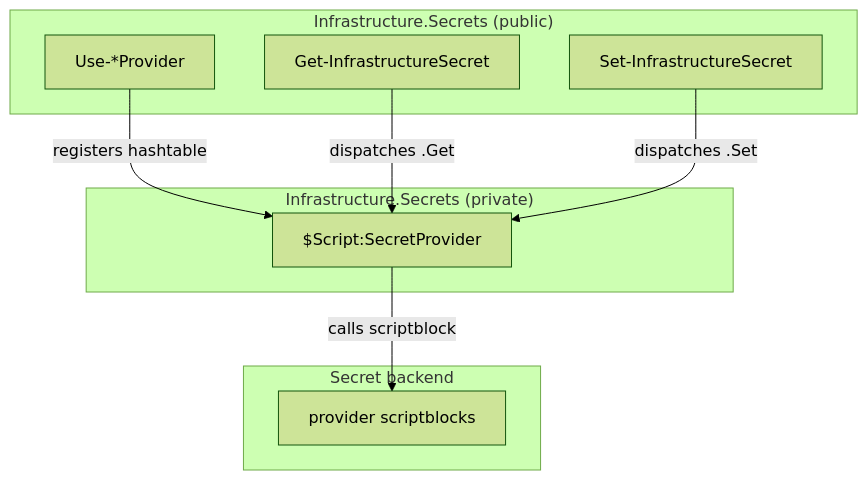
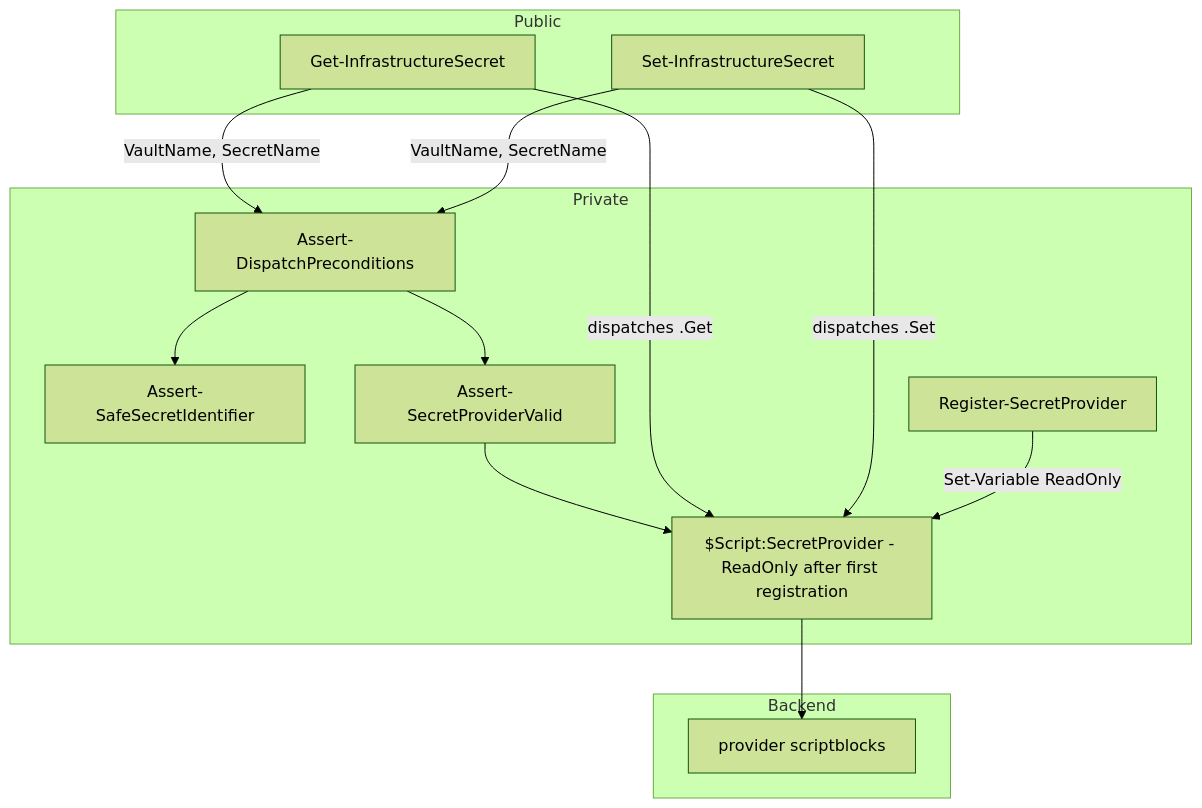
Before and after one commit to VitaliiAndreev/Infrastructure-Secrets: the first of 3 diagrams in docs/dev/implementation/01 - initial implementation/plan.md, drawn with Mermaid (forest theme). The commit also changed other lines of this file and 9 other files, not shown here.

````diff
--- a/docs/dev/implementation/01 - initial implementation/plan.md
+++ b/docs/dev/implementation/01 - initial implementation/plan.md
@@ -72,19 +102,27 @@
 ```mermaid
 graph TD
-    subgraph Public["Infrastructure.Secrets (public)"]
+    subgraph Public["Public"]
         GIS[Get-InfrastructureSecret]
         SIS[Set-InfrastructureSecret]
-        UPR[Use-*Provider]
     end
-    subgraph Private["Infrastructure.Secrets (private)"]
-        SP[$Script:SecretProvider]
+    subgraph Private["Private"]
+        ADP[Assert-DispatchPreconditions]
+        ASI[Assert-SafeSecretIdentifier]
+        ASV[Assert-SecretProviderValid]
+        RSP[Register-SecretProvider]
+        SP[$Script:SecretProvider - ReadOnly after first registration]
     end
-    subgraph Backend["Secret backend"]
+    subgraph Backend["Backend"]
         B[provider scriptblocks]
     end
 
-    UPR -->|registers hashtable| SP
+    GIS -->|VaultName, SecretName| ADP
+    SIS -->|VaultName, SecretName| ADP
+    ADP --> ASI
+    ADP --> ASV
+    ASV --> SP
     GIS -->|dispatches .Get| SP
     SIS -->|dispatches .Set| SP
-    SP -->|calls scriptblock| B
+    SP --> B
+    RSP -->|Set-Variable ReadOnly| SP
 ```
````
